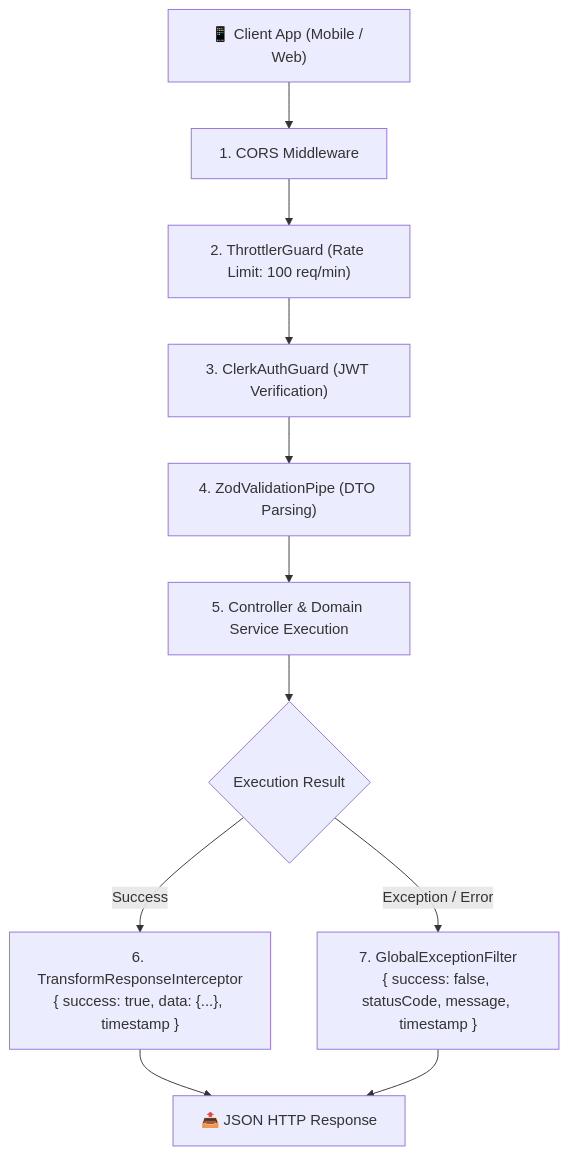
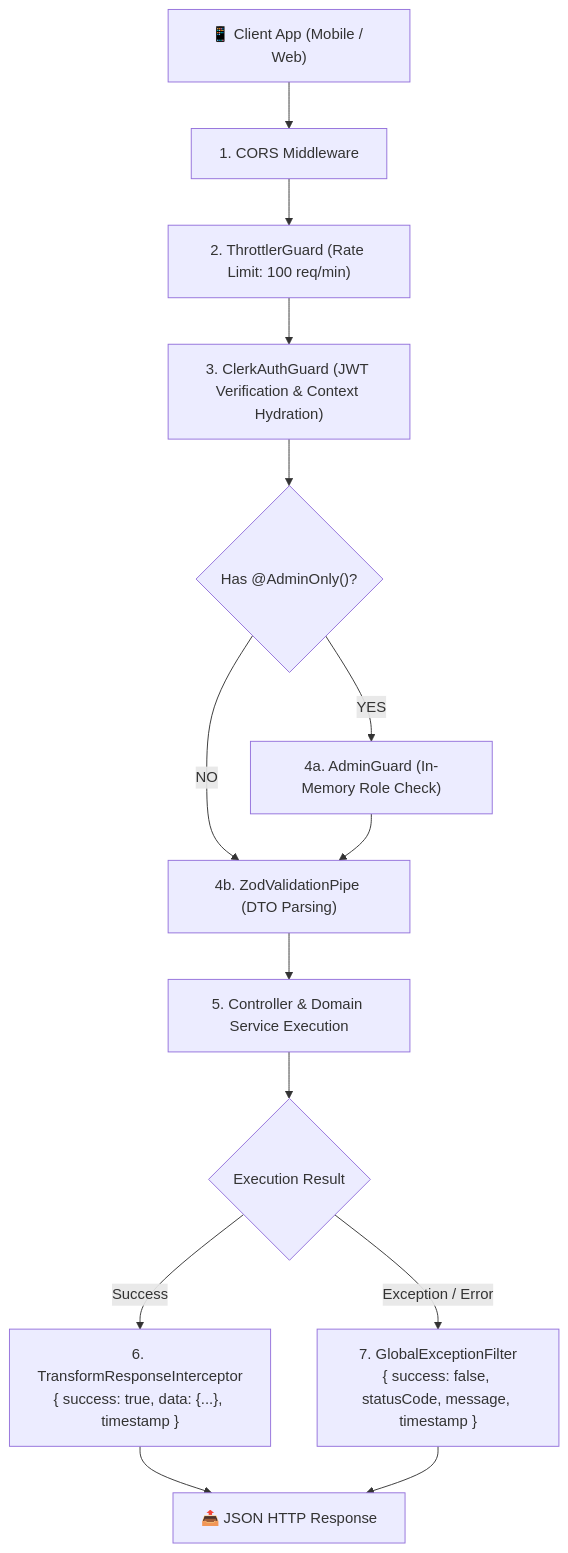
One commit to likha-innovations/sagana-backend changed the diagram in docs/overview/system-architecture.md. Above: the diagram before and after it, drawn with Mermaid. The commit also changed 6 other files, not shown here.

Commit message:
docs(auth): document request context payload and in-memory guard lifecycle (#59)

````diff
--- a/docs/overview/system-architecture.md
+++ b/docs/overview/system-architecture.md
@@ -11,15 +11,18 @@
 ```mermaid
 flowchart TD
     Client["📱 Client App (Mobile / Web)"] --> Middleware["1. CORS Middleware"]
     Middleware --> Throttler["2. ThrottlerGuard (Rate Limit: 100 req/min)"]
-    Throttler --> Auth["3. ClerkAuthGuard (JWT Verification)"]
-    Auth --> Validation["4. ZodValidationPipe (DTO Parsing)"]
+    Throttler --> Auth["3. ClerkAuthGuard (JWT Verification & Context Hydration)"]
+    Auth --> AdminCheck{"Has @AdminOnly()?"}
+    AdminCheck -->|YES| AdminGuard["4a. AdminGuard (In-Memory Role Check)"]
+    AdminCheck -->|NO| Validation["4b. ZodValidationPipe (DTO Parsing)"]
+    AdminGuard --> Validation
     Validation --> Handler["5. Controller & Domain Service Execution"]
     
     Handler --> Result{Execution Result}
     Result -->|Success| Interceptor["6. TransformResponseInterceptor<br/>{ success: true, data: {...}, timestamp }"]
     Result -->|Exception / Error| Filter["7. GlobalExceptionFilter<br/>{ success: false, statusCode, message, timestamp }"]
     
     Interceptor --> Response["📤 JSON HTTP Response"]
     Filter --> Response
 ```
````
